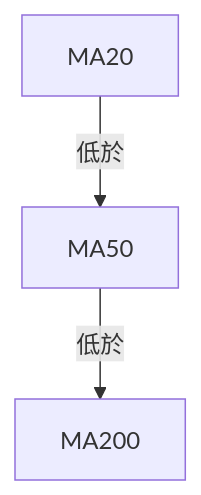
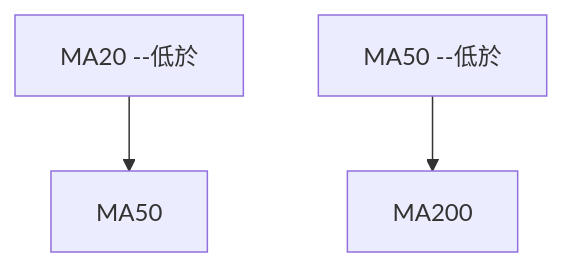
The sixth of 11 diagrams in ai_gen_report/stock/sofi/technical_analysis_2026-03-28_openai.md (yennanliu/finance_data), drawn with Mermaid before and after one commit. The commit also changed other lines of this file and 2258 other files, not shown here.

First line of the commit message:
chore: backfill Mermaid syntax repair across existing reports

````diff
--- a/ai_gen_report/stock/sofi/technical_analysis_2026-03-28_openai.md
+++ b/ai_gen_report/stock/sofi/technical_analysis_2026-03-28_openai.md
@@ -231,5 +231,5 @@
 ```mermaid
 graph TD
-    MA20 --低於--> MA50
-    MA50 --低於--> MA200
+    nb1["MA20 --低於"] --> MA50
+    nb2["MA50 --低於"] --> MA200
 ```
````
